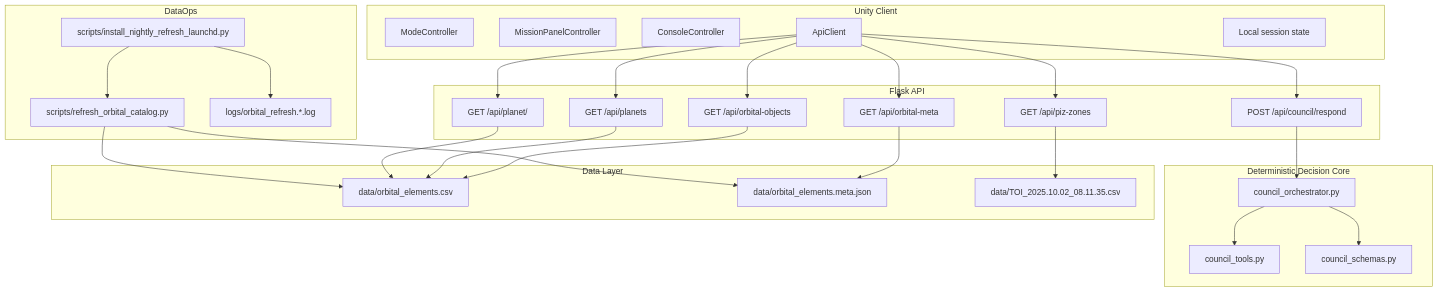
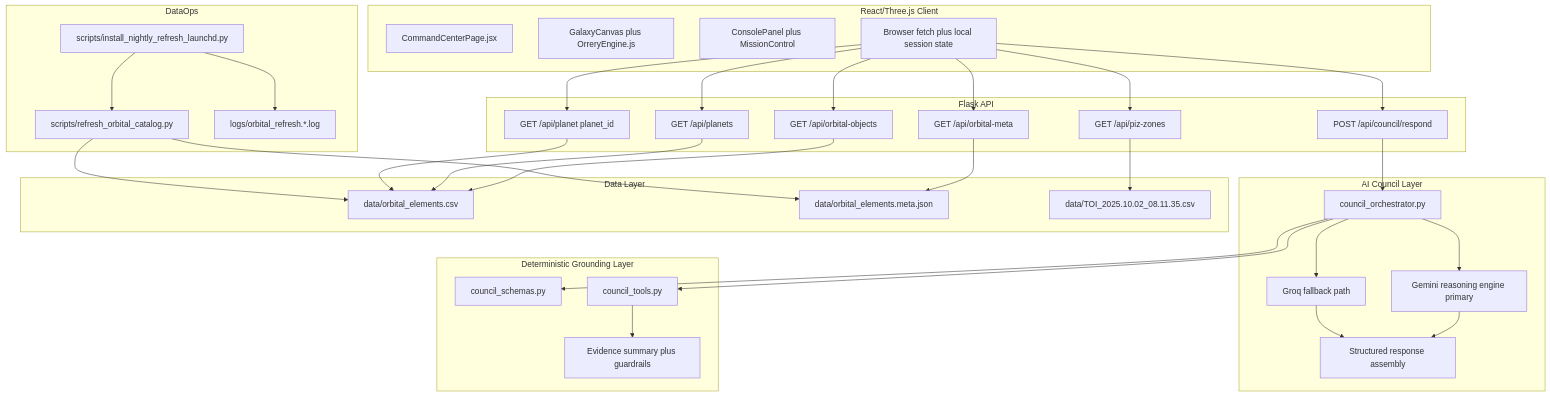
The first of 2 diagrams in triet.md/filemoi.md (Procoderdata/hackathonvodich), drawn with Mermaid before and after one commit. The commit also changed other lines of this file and 6 other files, not shown here.

````diff
--- a/triet.md/filemoi.md
+++ b/triet.md/filemoi.md
@@ -13,59 +14,70 @@
 ```mermaid
 flowchart TB
-    subgraph CLIENT[Unity Client]
-      MC[ModeController]
-      MP[MissionPanelController]
-      CC[ConsoleController]
-      AC[ApiClient]
-      LS[Local session state]
+    subgraph CLIENT[React/Three.js Client]
+      C1[CommandCenterPage.jsx]
+      C2[GalaxyCanvas plus OrreryEngine.js]
+      C3[ConsolePanel plus MissionControl]
+      C4[Browser fetch plus local session state]
     end
 
     subgraph API[Flask API]
-      R1[POST /api/council/respond]
-      R2[GET /api/orbital-objects]
-      R3[GET /api/orbital-meta]
-      R4[GET /api/planets]
-      R5[GET /api/planet/<planet_id>]
-      R6[GET /api/piz-zones]
+      A1[POST /api/council/respond]
+      A2[GET /api/orbital-objects]
+      A3[GET /api/orbital-meta]
+      A4[GET /api/planets]
+      A5[GET /api/planet planet_id]
+      A6[GET /api/piz-zones]
     end
 
-    subgraph CORE[Deterministic Decision Core]
-      O[council_orchestrator.py]
-      T[council_tools.py]
-      S[council_schemas.py]
+    subgraph AI[AI Council Layer]
+      L1[council_orchestrator.py]
+      L2[Gemini reasoning engine primary]
+      L3[Groq fallback path]
+      L4[Structured response assembly]
+    end
+
+    subgraph CORE[Deterministic Grounding Layer]
+      G1[council_schemas.py]
+      G2[council_tools.py]
+      G3[Evidence summary plus guardrails]
     end
 
     subgraph DATA[Data Layer]
       D1[data/orbital_elements.csv]
       D2[data/orbital_elements.meta.json]
       D3[data/TOI_2025.10.02_08.11.35.csv]
     end
 
     subgraph OPS[DataOps]
-      X1[scripts/refresh_orbital_catalog.py]
-      X2[scripts/install_nightly_refresh_launchd.py]
-      X3[logs/orbital_refresh.*.log]
+      O1[scripts/refresh_orbital_catalog.py]
+      O2[scripts/install_nightly_refresh_launchd.py]
+      O3[logs/orbital_refresh.*.log]
     end
 
-    AC --> R1
-    AC --> R2
-    AC --> R3
-    AC --> R4
-    AC --> R5
-    AC --> R6
+    C4 --> A1
+    C4 --> A2
+    C4 --> A3
+    C4 --> A4
+    C4 --> A5
+    C4 --> A6
 
-    R1 --> O
-    O --> T
-    O --> S
+    A1 --> L1
+    L1 --> G1
+    L1 --> G2
+    G2 --> G3
+    L1 --> L2
+    L1 --> L3
+    L2 --> L4
+    L3 --> L4
 
-    R2 --> D1
-    R3 --> D2
-    R4 --> D1
-    R5 --> D1
-    R6 --> D3
+    A2 --> D1
+    A3 --> D2
+    A4 --> D1
+    A5 --> D1
+    A6 --> D3
 
-    X1 --> D1
-    X1 --> D2
-    X2 --> X1
-    X2 --> X3
+    O1 --> D1
+    O1 --> D2
+    O2 --> O1
+    O2 --> O3
 ```
````
